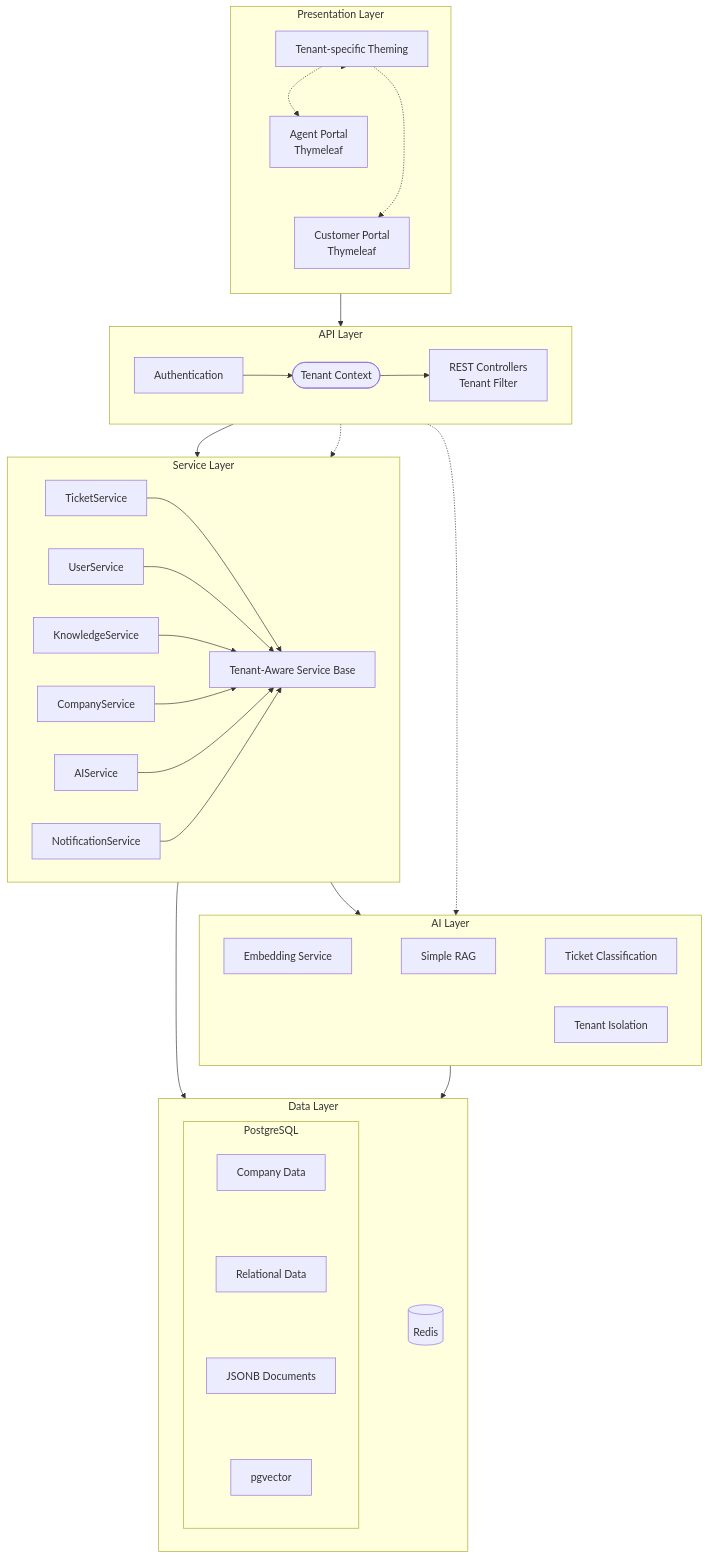
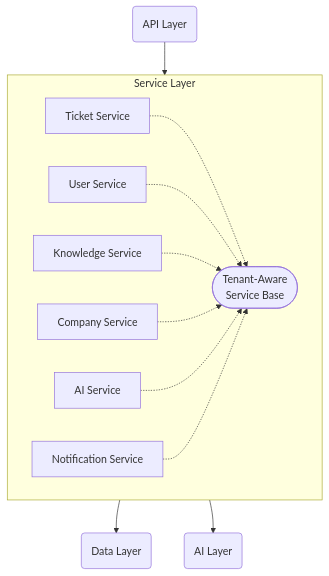
The fourth of 6 diagrams in docs/overall-project-plan.md (jacoblindev/whisper-octopus), drawn with Mermaid before and after one commit. The commit also changed other lines of this file, not shown here.

Commit message:
[feat]: Update technical architecture diagram for clarity and detail

````diff
--- a/docs/overall-project-plan.md
+++ b/docs/overall-project-plan.md
@@ -212,47 +244,16 @@
 ```mermaid
 flowchart TD
-    subgraph Frontend[Presentation Layer]
-        direction TB
-        AgentPortal[Agent Portal\nThymeleaf] ~~~ CustomerPortal[Customer Portal\nThymeleaf]
-        TenantTheming[Tenant-specific Theming]
-        TenantTheming -.-> AgentPortal
-        TenantTheming -.-> CustomerPortal
+    API(API Layer) --> Services
+    subgraph Services[Service Layer]
+        TenantAwareService([Tenant-Aware<br>Service Base])
+        TS[Ticket Service] -.-> TenantAwareService
+        US[User Service] -.-> TenantAwareService
+        KBS[Knowledge Service] -.-> TenantAwareService
+        CS[Company Service] -.-> TenantAwareService
+        AIS[AI Service] -.-> TenantAwareService
+        NS[Notification Service] -.-> TenantAwareService
     end
 
-    subgraph API[API Layer]
-        direction LR
-        Auth[Authentication] --> TenantContext([Tenant Context]) --> Controllers[REST Controllers<br>Tenant Filter]
-    end
-
-    subgraph Services[Service Layer]
-        TenantAwareService[Tenant-Aware Service Base]
-        TicketService --> TenantAwareService
-        UserService --> TenantAwareService
-        KnowledgeService --> TenantAwareService
-        CompanyService --> TenantAwareService
-        AIService --> TenantAwareService
-        NotificationService --> TenantAwareService
-    end
-
-    subgraph Data[Data Layer]
-        PostgreSQL[(PostgreSQL)] ~~~ Redis[(Redis)]
-        subgraph PostgreSQL
-            CompanyData[Company Data] ~~~ RelationalData[Relational Data] ~~~ JSONB[JSONB Documents] ~~~ Vectors[pgvector]
-        end
-    end
-
-    subgraph AI[AI Layer]
-        direction LR
-        Embeddings[Embedding Service] ~~~ RAG[Simple RAG] ~~~ Classification[Ticket Classification]
-        TenantAwareAI[Tenant Isolation]
-    end
-
-    Frontend --> API
-    API --> Services
-    Services --> Data
-    Services --> AI
-    AI --> Data
-    TenantTheming --> Frontend
-    TenantContext -.-> Services
-    TenantContext -.-> AI
+    Services --> Data(Data Layer)
+    Services --> AI(AI Layer)
 ```
````
